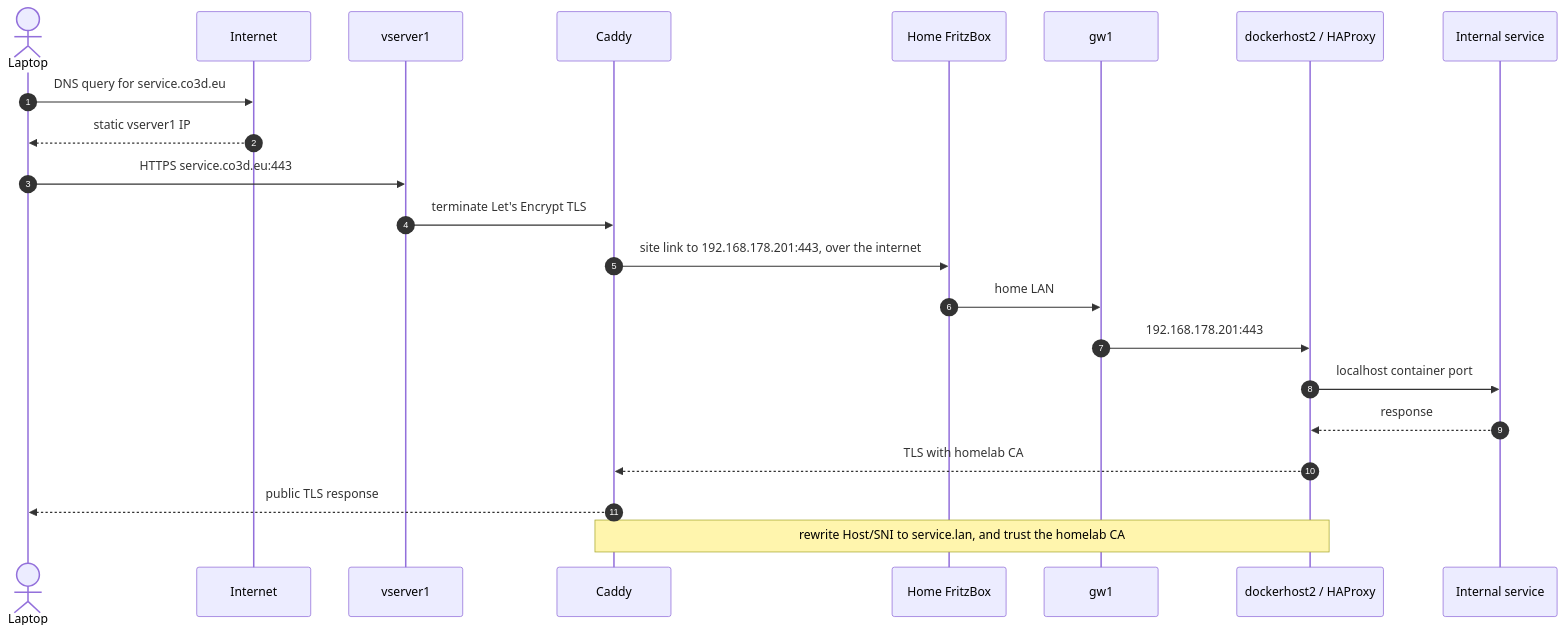
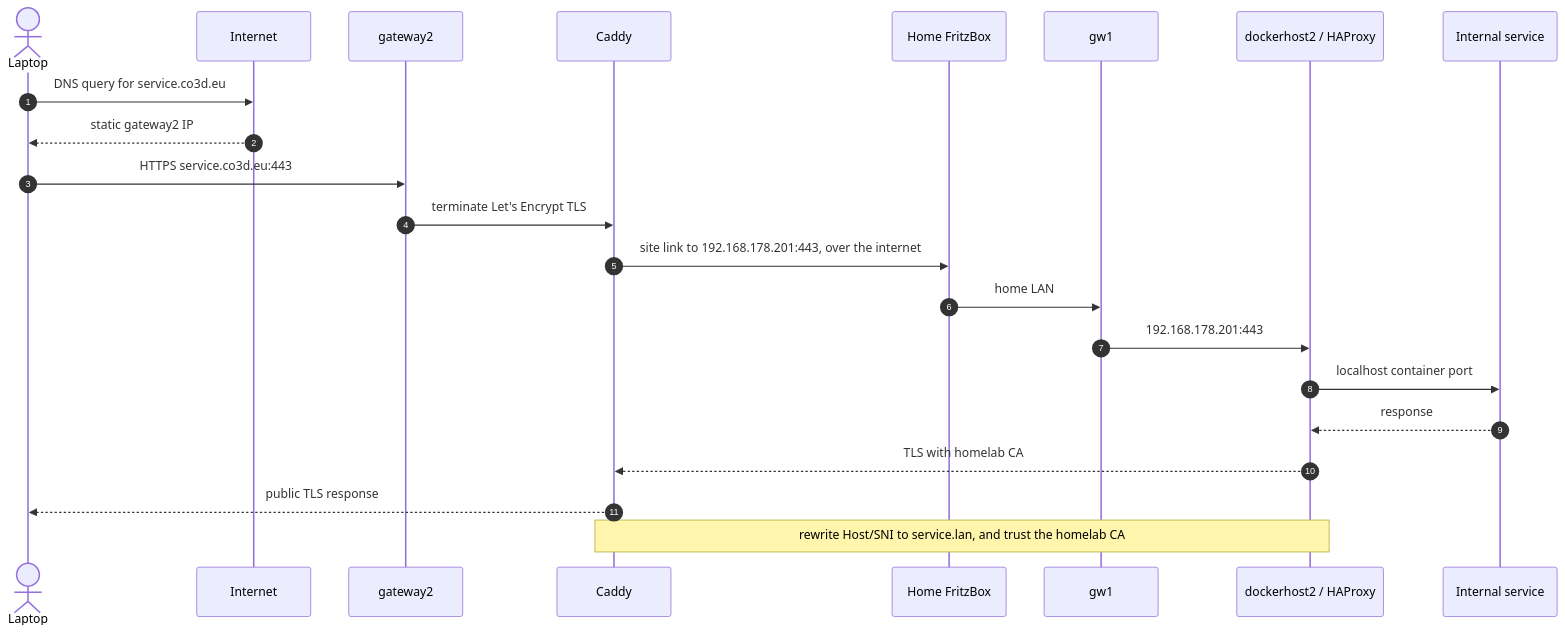
Before and after one commit to rocketpie/homelab: the fourth of 5 diagrams in context/guides/network/design.md, drawn with Mermaid. The commit also changed other lines of this file and 15 other files, not shown here.

````diff
--- a/context/guides/network/design.md
+++ b/context/guides/network/design.md
@@ -175,25 +175,25 @@
 ```mermaid
 sequenceDiagram
     autonumber
     actor Laptop
     participant Net as Internet
-    participant VS as vserver1
+    participant VS as gateway2
     participant Caddy as Caddy
     participant FB as Home FritzBox
     participant GW as gw1
     participant DH as dockerhost2 / HAProxy
     participant App as Internal service
 
     Laptop->>Net: DNS query for service.co3d.eu
-    Net-->>Laptop: static vserver1 IP
+    Net-->>Laptop: static gateway2 IP
     Laptop->>VS: HTTPS service.co3d.eu:443
     VS->>Caddy: terminate Let's Encrypt TLS
     Caddy->>FB: site link to 192.168.178.201:443, over the internet
     FB->>GW: home LAN
     GW->>DH: 192.168.178.201:443
     DH->>App: localhost container port
     App-->>DH: response
     DH-->>Caddy: TLS with homelab CA
     Caddy-->>Laptop: public TLS response
     Note over Caddy,DH: rewrite Host/SNI to service.lan, and trust the homelab CA
 ```
````
